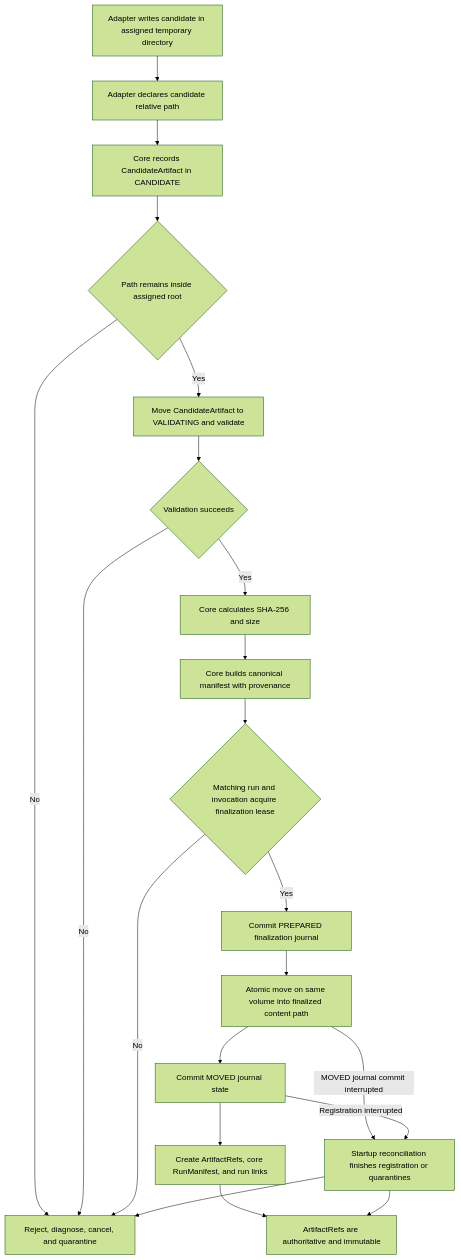
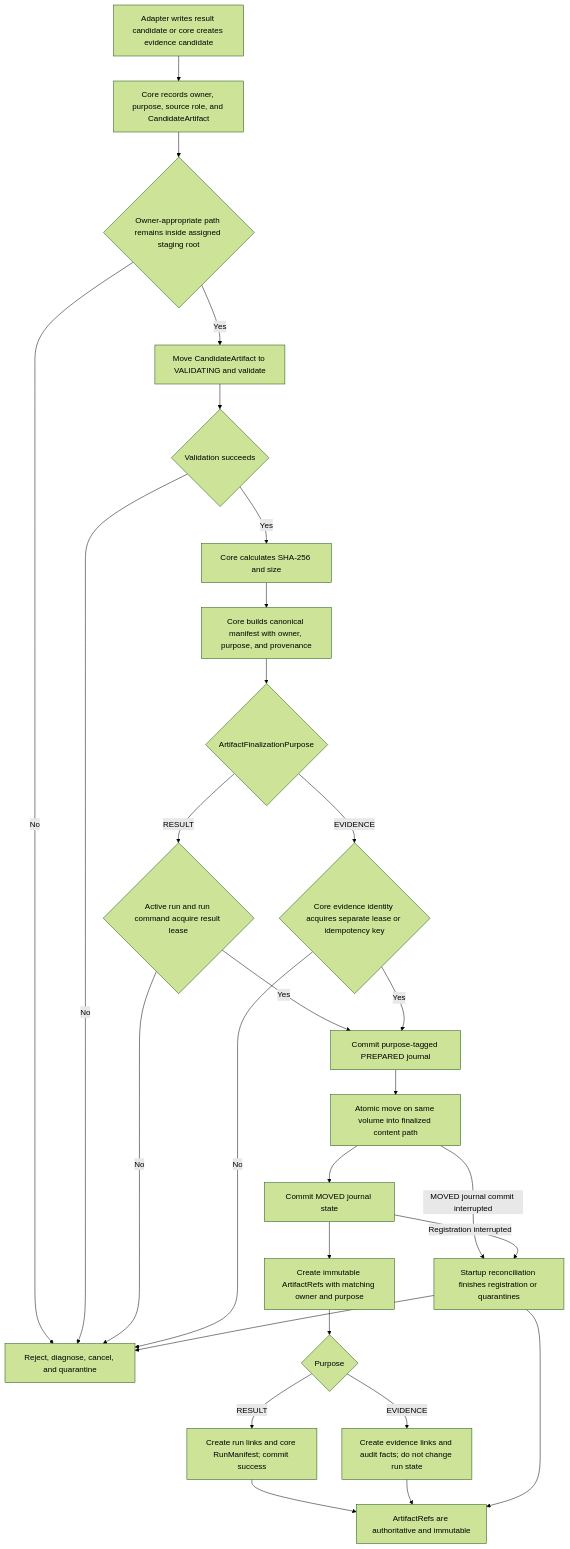
One commit to PratikRajSingh0612/Crypto_Trading changed the seventh of 7 diagrams in docs/superpowers/specs/2026-08-10-engine-neutral-core-design.md. Above: the diagram before and after it, drawn with Mermaid (forest theme). The commit also changed other lines of this file, not shown here.

Commit message:
docs: close remaining core contract gaps

````diff
--- a/docs/superpowers/specs/2026-08-10-engine-neutral-core-design.md
+++ b/docs/superpowers/specs/2026-08-10-engine-neutral-core-design.md
@@ -1217,23 +1321,30 @@
 ```mermaid
 flowchart TD
-    Start["Adapter writes candidate in assigned temporary directory"] --> Event["Adapter declares candidate relative path"]
-    Event --> Candidate["Core records CandidateArtifact in CANDIDATE"]
-    Candidate --> Boundary{"Path remains inside assigned root"}
+    Start["Adapter writes result candidate or core creates evidence candidate"] --> Candidate["Core records owner, purpose, source role, and CandidateArtifact"]
+    Candidate --> Boundary{"Owner-appropriate path remains inside assigned staging root"}
     Boundary -->|"No"| Reject["Reject, diagnose, cancel, and quarantine"]
     Boundary -->|"Yes"| Validate["Move CandidateArtifact to VALIDATING and validate"]
     Validate --> Valid{"Validation succeeds"}
     Valid -->|"No"| Reject
     Valid -->|"Yes"| Hash["Core calculates SHA-256 and size"]
-    Hash --> Manifest["Core builds canonical manifest with provenance"]
-    Manifest --> Lease{"Matching run and invocation acquire finalization lease"}
-    Lease -->|"No"| Reject
-    Lease -->|"Yes"| Prepared["Commit PREPARED finalization journal"]
+    Hash --> Manifest["Core builds canonical manifest with owner, purpose, and provenance"]
+    Manifest --> Purpose{"ArtifactFinalizationPurpose"}
+    Purpose -->|"RESULT"| ResultLease{"Active run and run command acquire result lease"}
+    Purpose -->|"EVIDENCE"| EvidenceLease{"Core evidence identity acquires separate lease or idempotency key"}
+    ResultLease -->|"No"| Reject
+    EvidenceLease -->|"No"| Reject
+    ResultLease -->|"Yes"| Prepared["Commit purpose-tagged PREPARED journal"]
+    EvidenceLease -->|"Yes"| Prepared
     Prepared --> Move["Atomic move on same volume into finalized content path"]
     Move --> Moved["Commit MOVED journal state"]
-    Moved --> Register["Create ArtifactRefs, core RunManifest, and run links"]
-    Register --> Final["ArtifactRefs are authoritative and immutable"]
+    Moved --> Register["Create immutable ArtifactRefs with matching owner and purpose"]
+    Register --> CommitPurpose{"Purpose"}
+    CommitPurpose -->|"RESULT"| ResultCommit["Create run links and core RunManifest; commit success"]
+    CommitPurpose -->|"EVIDENCE"| EvidenceCommit["Create evidence links and audit facts; do not change run state"]
+    ResultCommit --> Final["ArtifactRefs are authoritative and immutable"]
+    EvidenceCommit --> Final
     Move -->|"MOVED journal commit interrupted"| Recover["Startup reconciliation finishes registration or quarantines"]
     Moved -->|"Registration interrupted"| Recover
     Recover --> Final
     Recover --> Reject
 ```
````
